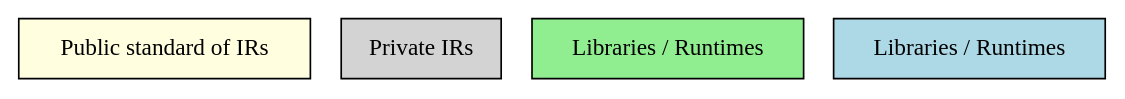
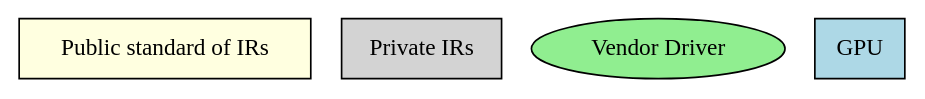
One commit to Jonathan2251/lbd changed the first of 2 diagrams in source/gpu.rst. Above: the diagram before and after it, drawn with Graphviz. The commit also changed other lines of this file and 16 other files, not shown here.

```diff
--- a/source/gpu.rst
+++ b/source/gpu.rst
@@ -3961,9 +3859,9 @@
 .. graphviz::
 
     digraph G {
         node [shape=box, style=filled];
         PUIR [label="Public standard of IRs", fillcolor=lightyellow];
         PRIR [label="Private IRs", fillcolor=lightgray];
-        LR [label="Libraries / Runtimes", fillcolor=lightgreen];
-        Machine [label="Libraries / Runtimes", fillcolor=lightblue];
+        VD [label="Vendor Driver", shape=oval, fillcolor=lightgreen];
+        GPU [label="GPU", fillcolor=lightblue];
     }
```
